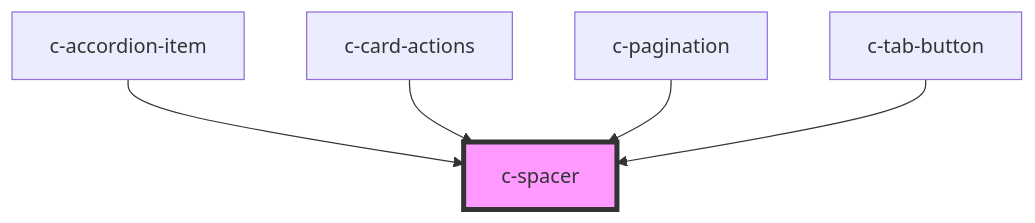
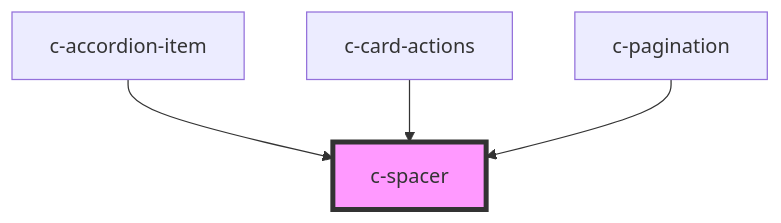
Before and after one commit to hannyle/csc-ui: the diagram in src/components/spacer/readme.md, drawn with Mermaid. The commit also changed other lines of this file and 37 other files, not shown here.

````diff
--- a/src/components/spacer/readme.md
+++ b/src/components/spacer/readme.md
@@ -18,8 +17,7 @@
 ```mermaid
 graph TD;
   c-accordion-item --> c-spacer
   c-card-actions --> c-spacer
   c-pagination --> c-spacer
-  c-tab-button --> c-spacer
   style c-spacer fill:#f9f,stroke:#333,stroke-width:4px
 ```
````
